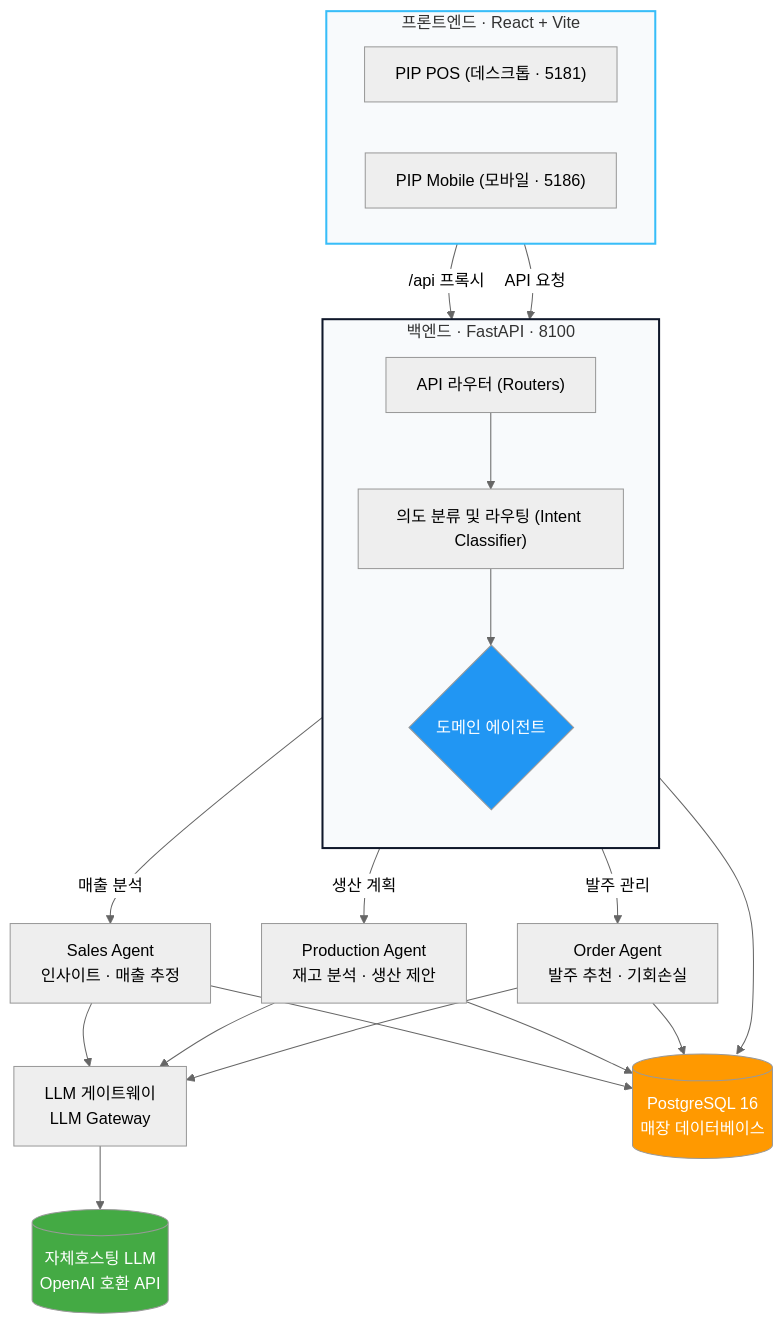
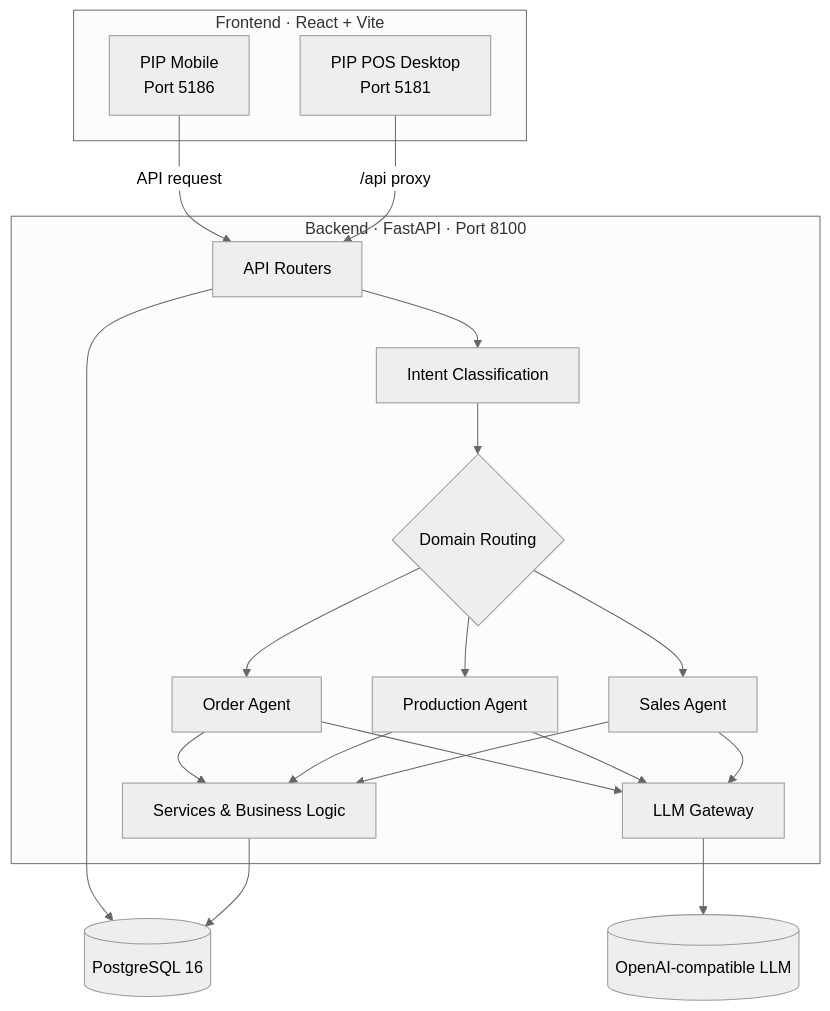
The diagram in README.md (Power-xc/spc-ai-pos), drawn with Mermaid (neutral theme) before and after one commit. The commit also changed other lines of this file, not shown here.

````diff
--- a/README.md
+++ b/README.md
@@ -57,53 +184,44 @@
 ```mermaid
 flowchart TD
-    %% Nodes
-    subgraph FE [프론트엔드 · React + Vite]
-        direction LR
-        A["PIP POS (데스크톱 · 5181)"]
-        B["PIP Mobile (모바일 · 5186)"]
+    subgraph FE["Frontend · React + Vite"]
+        POS["PIP POS Desktop<br/>Port 5181"]
+        MOBILE["PIP Mobile<br/>Port 5186"]
     end
 
-    subgraph BE [백엔드 · FastAPI · 8100]
-        direction TB
-        R["API 라우터 (Routers)"]
-        O["의도 분류 및 라우팅 (Intent Classifier)"]
-        AG{"도메인 에이전트"}
-        
-        R --> O
-        O --> AG
+    subgraph BE["Backend · FastAPI · Port 8100"]
+        ROUTER["API Routers"]
+        INTENT["Intent Classification"]
+        AGENT{"Domain Routing"}
+
+        SALES["Sales Agent"]
+        PRODUCTION["Production Agent"]
+        ORDER["Order Agent"]
+
+        SERVICE["Services & Business Logic"]
+        GATEWAY["LLM Gateway"]
+
+        ROUTER --> INTENT
+        INTENT --> AGENT
+        AGENT --> SALES
+        AGENT --> PRODUCTION
+        AGENT --> ORDER
+
+        SALES --> SERVICE
+        PRODUCTION --> SERVICE
+        ORDER --> SERVICE
+
+        SALES --> GATEWAY
+        PRODUCTION --> GATEWAY
+        ORDER --> GATEWAY
     end
 
-    AS["Sales Agent<br/>인사이트 · 매출 추정"]
-    AP["Production Agent<br/>재고 분석 · 생산 제안"]
-    AO["Order Agent<br/>발주 추천 · 기회손실"]
-    
-    G["LLM 게이트웨이<br/>LLM Gateway"]
-    DB[("PostgreSQL 16<br/>매장 데이터베이스")]
-    LLM[("자체호스팅 LLM<br/>OpenAI 호환 API")]
+    DB[("PostgreSQL 16")]
+    LLM[("OpenAI-compatible LLM")]
 
-    %% Connections
-    A -->|"/api 프록시"| R
-    B -->|"API 요청"| R
-    R --> DB
-    
-    AG -- "매출 분석" --> AS
-    AG -- "생산 계획" --> AP
-    AG -- "발주 관리" --> AO
-    
-    AS --> G
-    AP --> G
-    AO --> G
-    
-    AS --> DB
-    AP --> DB
-    AO --> DB
-    
-    G --> LLM
+    POS -->|"/api proxy"| ROUTER
+    MOBILE -->|"API request"| ROUTER
 
-    %% Styling
-    style FE fill:#f8fafc,stroke:#38bdf8,stroke-width:2px
-    style BE fill:#f8fafc,stroke:#0f172a,stroke-width:2px
-    style AG fill:#2196F3,color:#fff
-    style DB fill:#f90,color:#fff
-    style LLM fill:#4a4,color:#fff
+    SERVICE --> DB
+    ROUTER --> DB
+    GATEWAY --> LLM
 ```
````
